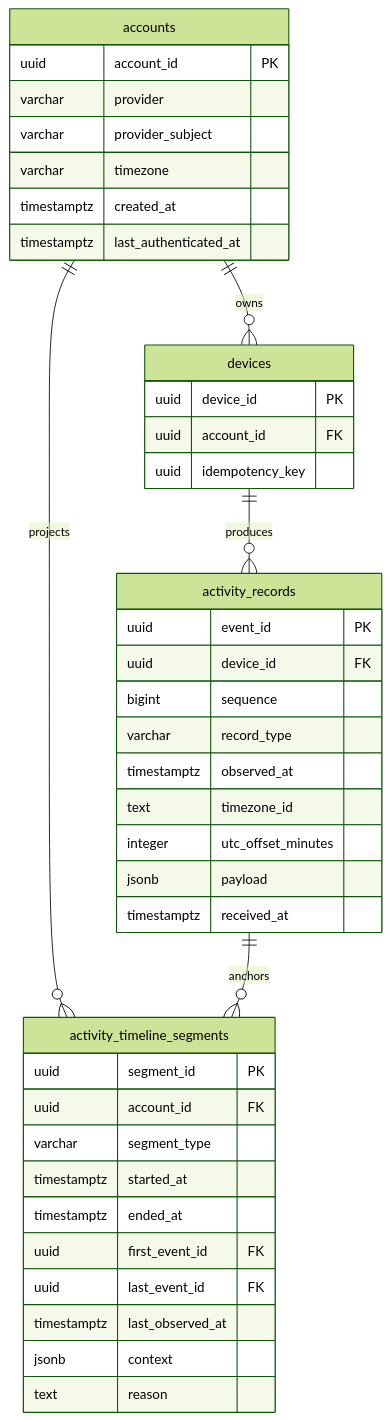
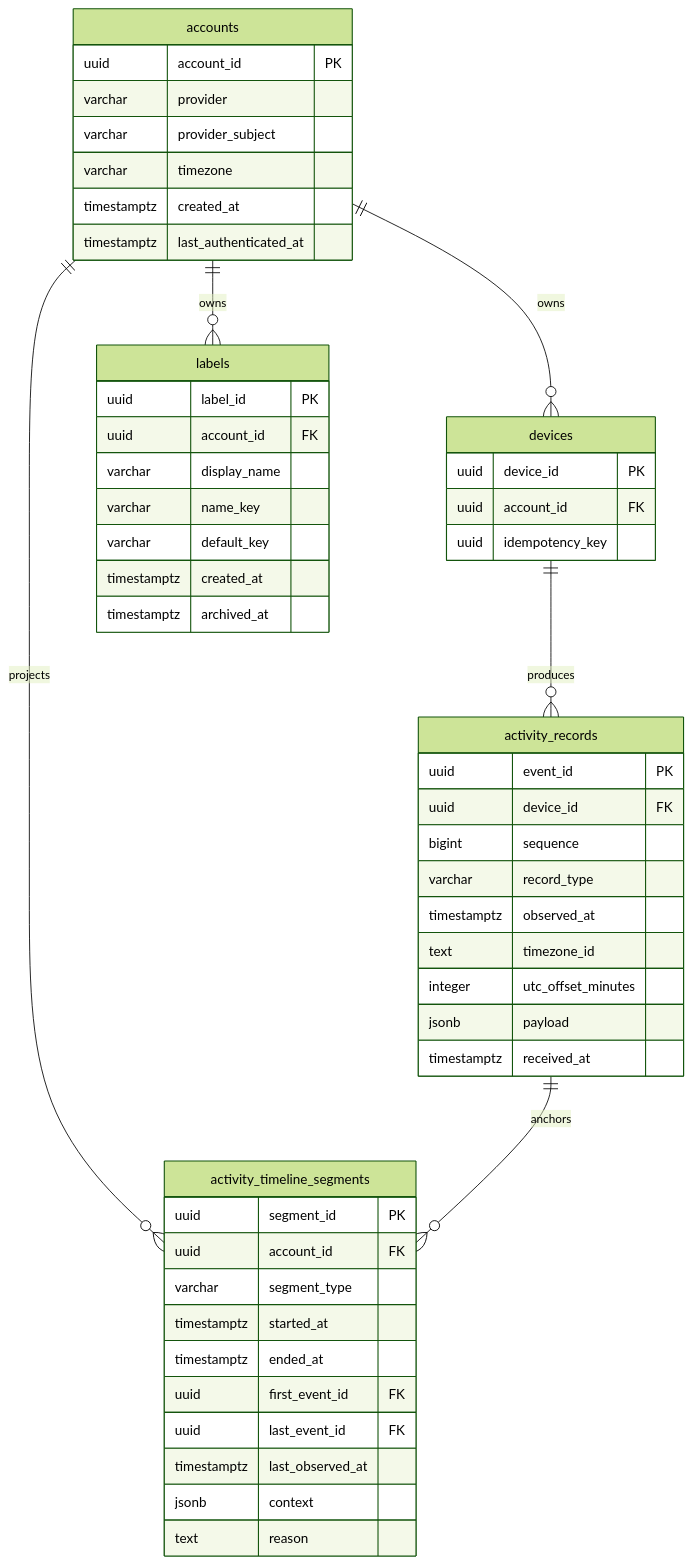
Before and after one commit to jolvy/mosemo: the diagram in docs/erd.md, drawn with Mermaid (forest theme). The commit also changed other lines of this file and 13 other files, not shown here.

Commit message:
feat(labels): add label catalog defaults

````diff
--- a/docs/erd.md
+++ b/docs/erd.md
@@ -12,47 +12,58 @@
 ```mermaid
 erDiagram
     accounts ||--o{ devices : owns
     devices ||--o{ activity_records : produces
     accounts ||--o{ activity_timeline_segments : projects
     activity_records ||--o{ activity_timeline_segments : anchors
+    accounts ||--o{ labels : owns
 
     accounts {
         uuid account_id PK
         varchar provider
         varchar provider_subject
         varchar timezone
         timestamptz created_at
         timestamptz last_authenticated_at
+    }
+
+    labels {
+        uuid label_id PK
+        uuid account_id FK
+        varchar display_name
+        varchar name_key
+        varchar default_key
+        timestamptz created_at
+        timestamptz archived_at
     }
 
     devices {
         uuid device_id PK
         uuid account_id FK
         uuid idempotency_key
     }
 
     activity_records {
         uuid event_id PK
         uuid device_id FK
         bigint sequence
         varchar record_type
         timestamptz observed_at
         text timezone_id
         integer utc_offset_minutes
         jsonb payload
         timestamptz received_at
     }
 
     activity_timeline_segments {
         uuid segment_id PK
         uuid account_id FK
         varchar segment_type
         timestamptz started_at
         timestamptz ended_at
         uuid first_event_id FK
         uuid last_event_id FK
         timestamptz last_observed_at
         jsonb context
         text reason
     }
 ```
````
